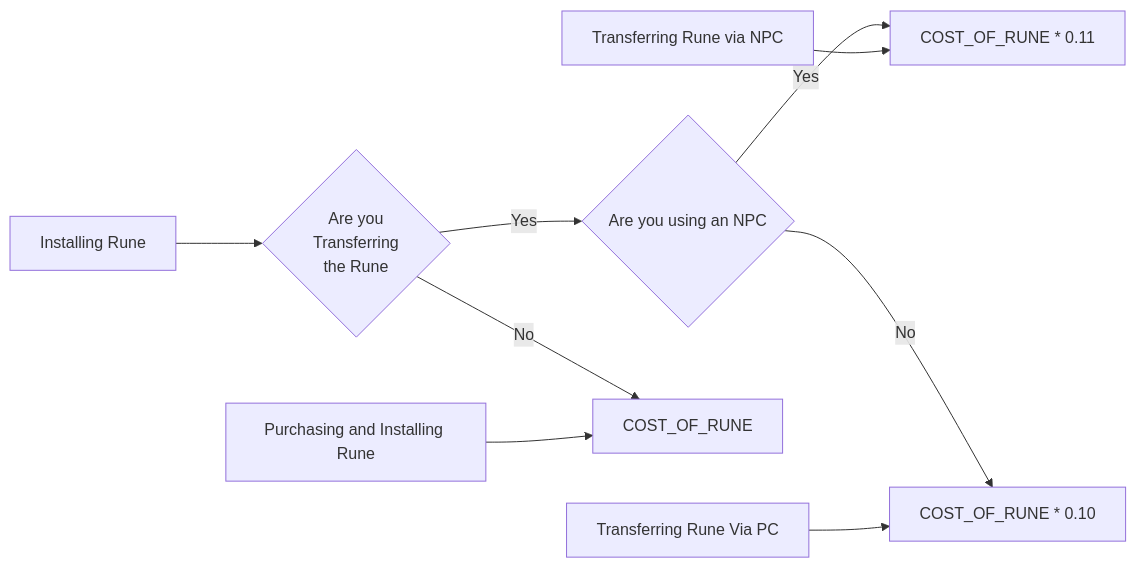
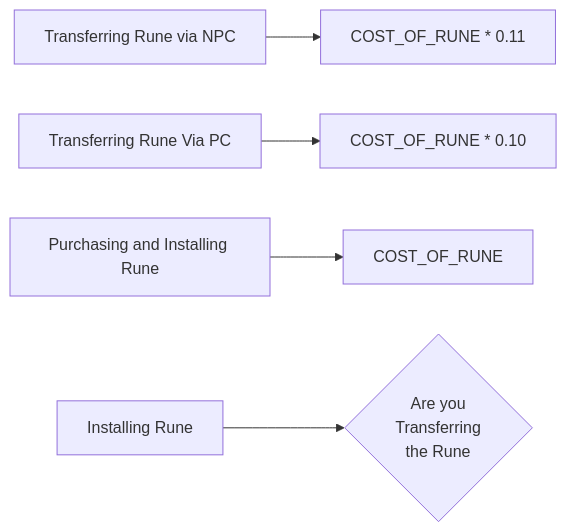
One commit to speck0413/notes changed the second of 2 diagrams in PF2E/Strength of Thousands/Flow Charts/Rune Guide.md. Above: the diagram before and after it, drawn with Mermaid.

Commit message:
July 7, 2022 5:31 PM

````diff
--- a/PF2E/Strength of Thousands/Flow Charts/Rune Guide.md
+++ b/PF2E/Strength of Thousands/Flow Charts/Rune Guide.md
@@ -27,25 +27,20 @@
 ```mermaid
 
 flowchart LR
 
 NPC[Transferring Rune via NPC]
 NPC_COST[COST_OF_RUNE * 0.11]
 
 PC[Transferring Rune Via PC]
 PC_COST[COST_OF_RUNE * 0.10]
 
 RUNE[Purchasing and Installing Rune]
 RUNE_COST[COST_OF_RUNE]
 
 State1[Installing Rune] --> Transfer{Are you <br> Transferring <br> the Rune}
 
-Transfer-->|Yes|UsingNPC{Are you using an NPC}
-UsingNPC-->|Yes|NPC_COST
-UsingNPC-->|No|PC_COST
-Transfer-->|No|RUNE_COST
-
 NPC-->NPC_COST
 PC-->PC_COST
 RUNE-->RUNE_COST
 
 ```
````
